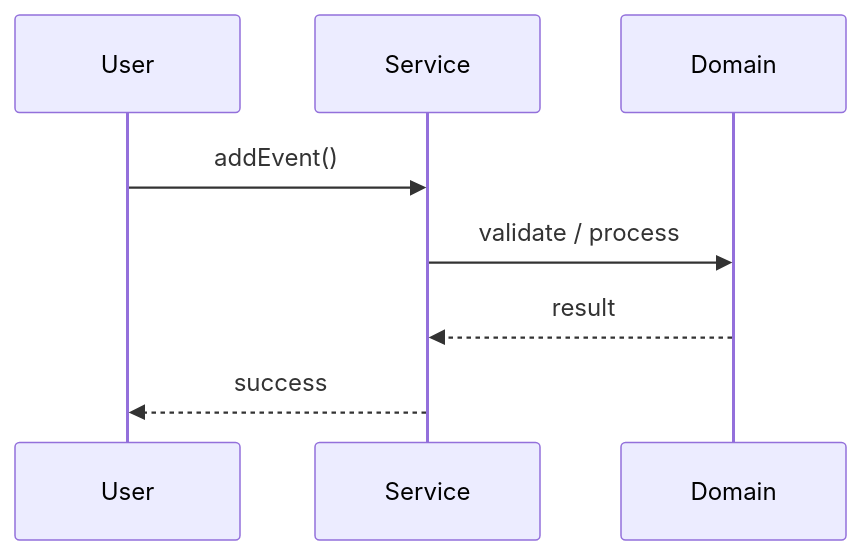
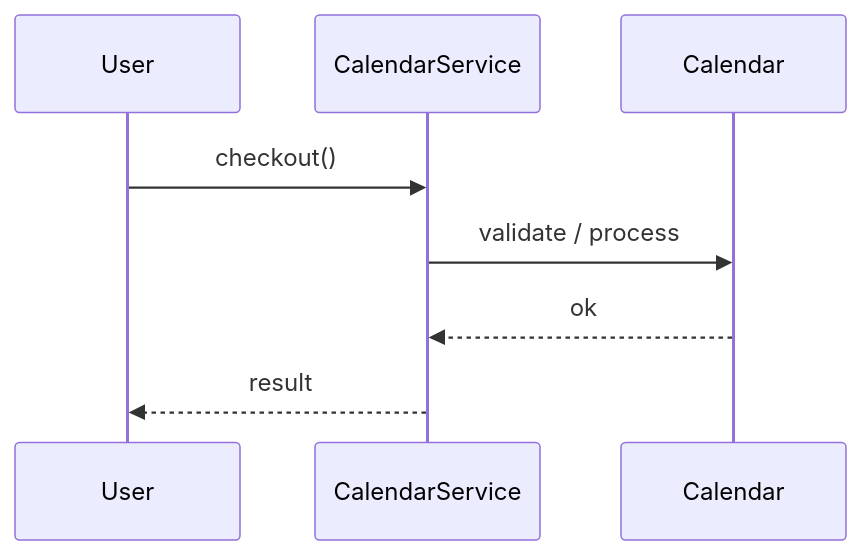
One commit to madhupaila/Interview-Prep-SSE changed the second of 3 diagrams in Learn/System Design - Low Level Design/02-classic-ood/questions/Q27-calendar.md. Above: the diagram before and after it, drawn with Mermaid. The commit also changed other lines of this file and 491 other files, not shown here.

````diff
--- a/Learn/System Design - Low Level Design/02-classic-ood/questions/Q27-calendar.md
+++ b/Learn/System Design - Low Level Design/02-classic-ood/questions/Q27-calendar.md
@@ -121,10 +148,10 @@
 ```mermaid
 sequenceDiagram
-    participant U as User
-    participant S as Service
-    participant D as Domain
-    U->>S: addEvent()
-    S->>D: validate / process
-    D-->>S: result
-    S-->>U: success
+participant U as User
+participant S as CalendarService
+participant D as Calendar
+U->>S: checkout()
+S->>D: validate / process
+D-->>S: ok
+S-->>U: result
 ```
````
